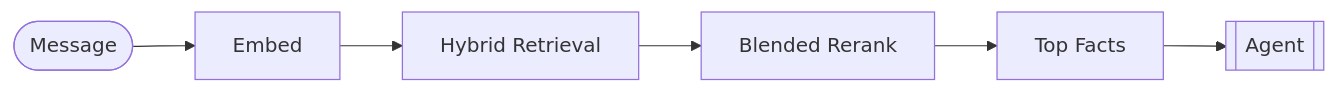
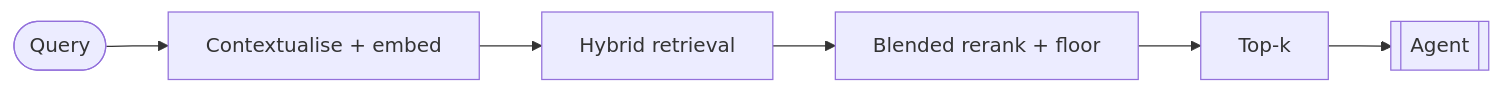
One commit to Arav-Arun/Ledger changed the second of 2 diagrams in README.md. Above: the diagram before and after it, drawn with Mermaid. The commit also changed other lines of this file and 1 other file, not shown here.

````diff
--- a/README.md
+++ b/README.md
@@ -41,4 +85,4 @@
 ```mermaid
 flowchart LR
-    M(["Message"]) --> E["Embed"] --> V["Hybrid Retrieval"] --> RK["Blended Rerank"] --> TOP["Top Facts"] --> AG[["Agent"]]
+    M(["Query"]) --> C["Contextualise + embed"] --> H["Hybrid retrieval"] --> RK["Blended rerank + floor"] --> TOP["Top-k"] --> AG[["Agent"]]
 ```
````
